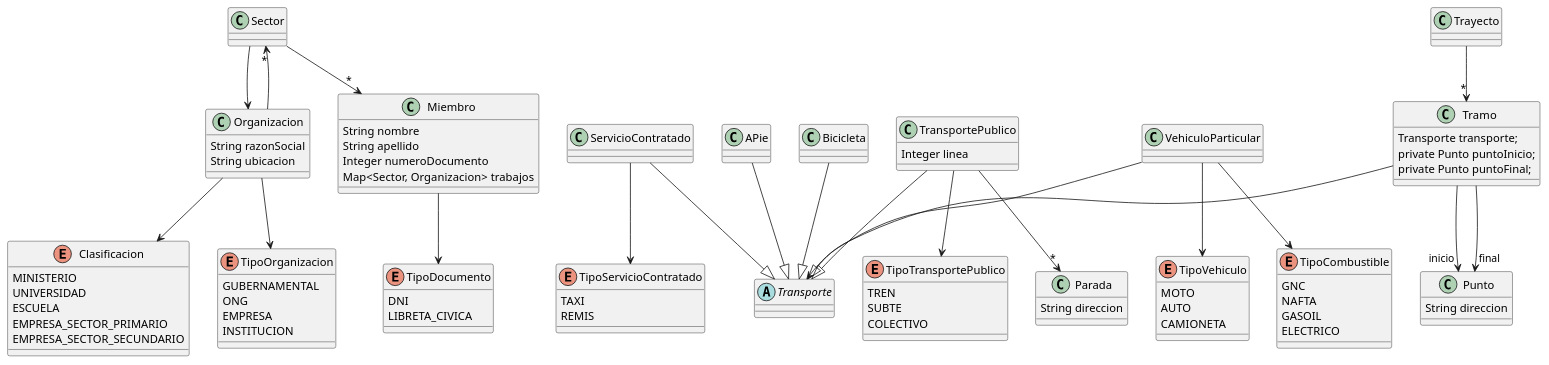
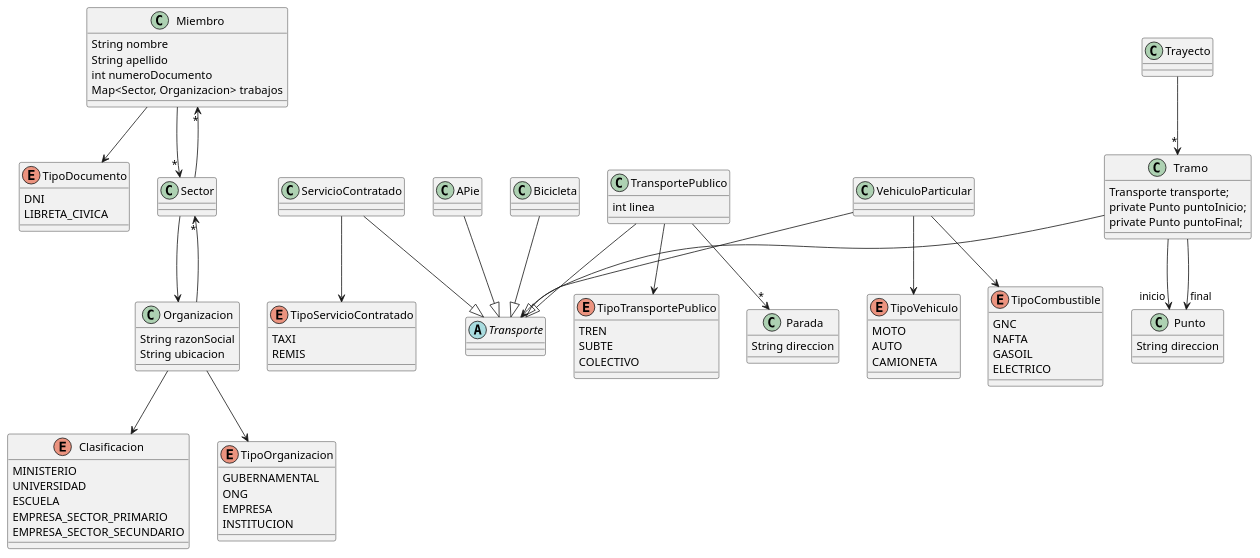
Before and after one commit to comejia/utn-dds-mi-impacto-ambiental: the diagram in src/main/resources/DC-Text.puml, drawn with PlantUML. The commit also changed 1 other file, not shown here.

```diff
--- a/src/main/resources/DC-Text.puml
+++ b/src/main/resources/DC-Text.puml
@@ -1,114 +1,115 @@
 @startuml
 
 class Miembro {
     String nombre
     String apellido
-    Integer numeroDocumento
+    int numeroDocumento
     Map<Sector, Organizacion> trabajos
 }
 
 enum TipoDocumento {
     DNI
     LIBRETA_CIVICA
 }
 
 enum Clasificacion {
     MINISTERIO
     UNIVERSIDAD
     ESCUELA
     EMPRESA_SECTOR_PRIMARIO
     EMPRESA_SECTOR_SECUNDARIO
 }
 
 class Organizacion {
     String razonSocial
     String ubicacion
 }
 
 class Sector
 
 enum TipoOrganizacion {
     GUBERNAMENTAL
     ONG
     EMPRESA
     INSTITUCION
 }
 
 class APie
 class Bicicleta
 
 class Parada {
     String direccion
 }
 
 
 class ServicioContratado
 
 enum TipoCombustible {
     GNC
     NAFTA
     GASOIL
     ELECTRICO
 }
 
 enum TipoServicioContratado {
     TAXI
     REMIS
 }
 
 enum TipoTransportePublico {
     TREN
     SUBTE
     COLECTIVO
 }
 
 enum TipoVehiculo {
     MOTO
     AUTO
     CAMIONETA
 }
 
 abstract class Transporte
 
 class TransportePublico {
-    Integer linea
+    int linea
 }
 
 class VehiculoParticular
 
 class Punto {
     String direccion
 }
 
 class Tramo {
     Transporte transporte;
   private Punto puntoInicio;
   private Punto puntoFinal;
 }
 class Trayecto
 
 Miembro --> TipoDocumento
+Miembro --> "*" Sector
 
 Organizacion --> TipoOrganizacion
 Organizacion --> Clasificacion
 Organizacion --> "*" Sector
 Sector --> Organizacion
 Sector --> "*" Miembro
 
 APie --|> Transporte
 Bicicleta --|> Transporte
 ServicioContratado --|> Transporte
 ServicioContratado --> TipoServicioContratado
 TransportePublico --|> Transporte
 TransportePublico --> TipoTransportePublico
 TransportePublico --> "*" Parada
 VehiculoParticular --|> Transporte
 VehiculoParticular --> TipoVehiculo
 VehiculoParticular --> TipoCombustible
 
 Tramo --> Transporte
 Tramo --> "inicio" Punto
 Tramo --> "final" Punto
 Trayecto --> "*" Tramo
 
 @enduml
```
